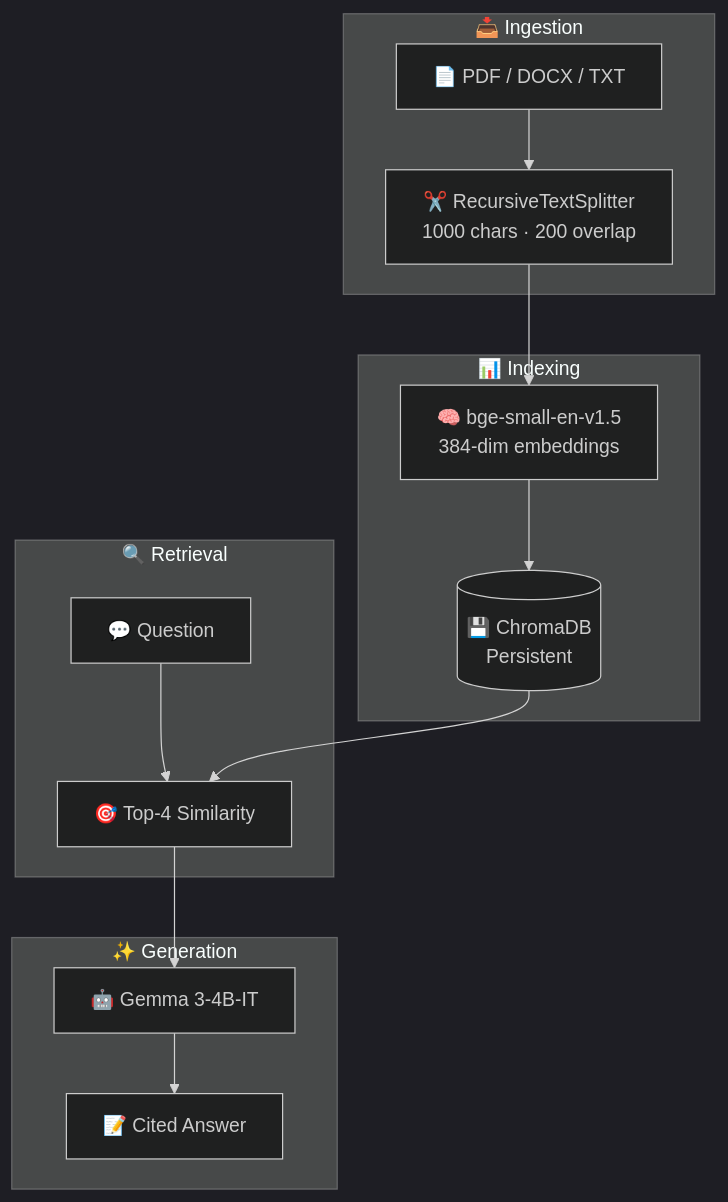
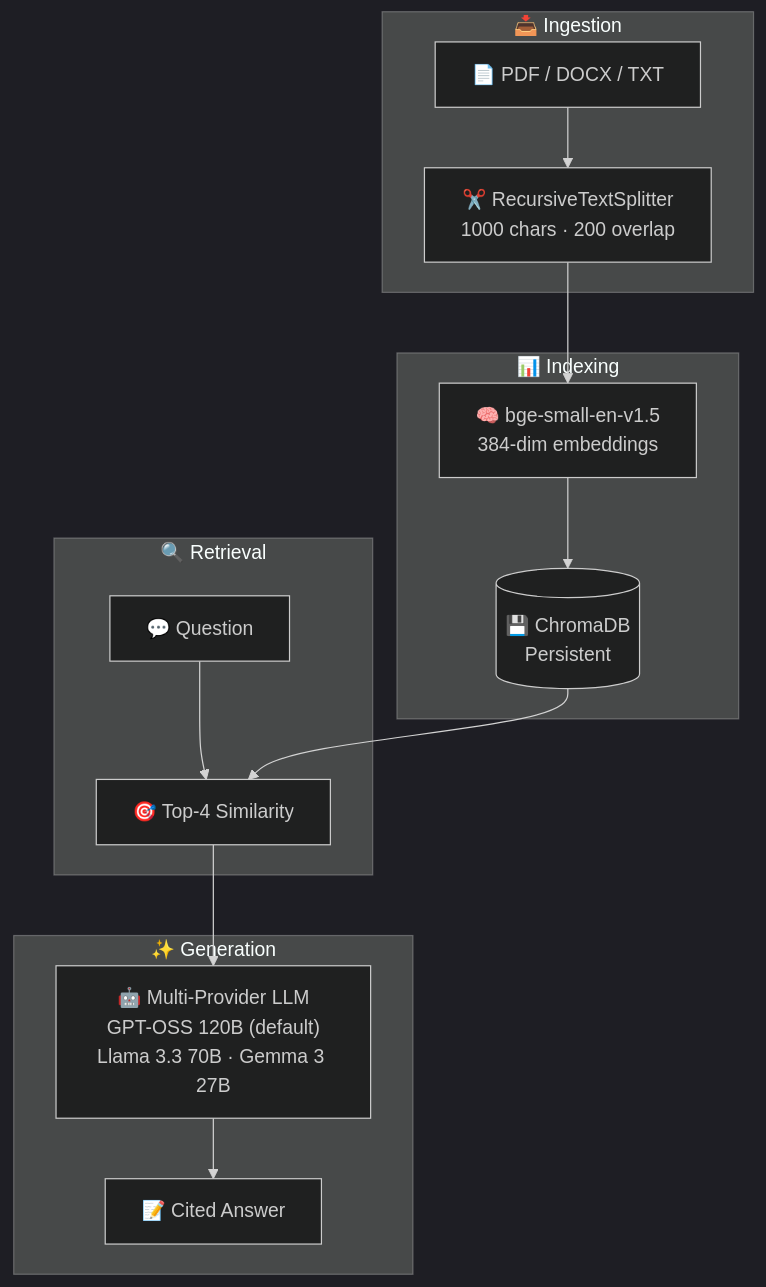
The diagram in README.md (pkgprateek/rag-document-qa-workflow), drawn with Mermaid (dark theme) before and after one commit. The commit also changed other lines of this file and 5 other files, not shown here.

First line of the commit message:
feat: Add multi-provider LLM support with UI model selector

````diff
--- a/README.md
+++ b/README.md
@@ -27,27 +27,27 @@
 ```mermaid
 flowchart TB
     subgraph Ingestion ["📥 Ingestion"]
         A["📄 PDF / DOCX / TXT"]
         B["✂️ RecursiveTextSplitter<br/>1000 chars · 200 overlap"]
         A --> B
     end
     
     subgraph Indexing ["📊 Indexing"]
         C["🧠 bge-small-en-v1.5<br/>384-dim embeddings"]
         D[("💾 ChromaDB<br/>Persistent")]
         B --> C --> D
     end
     
     subgraph Retrieval ["🔍 Retrieval"]
         E["💬 Question"]
         F["🎯 Top-4 Similarity"]
         E --> F
         D --> F
     end
     
     subgraph Generation ["✨ Generation"]
-        G["🤖 Gemma 3-4B-IT"]
+        G["🤖 Multi-Provider LLM<br/>GPT-OSS 120B (default)<br/>Llama 3.3 70B · Gemma 3 27B"]
         H["📝 Cited Answer"]
         F --> G --> H
     end
 ```
````
